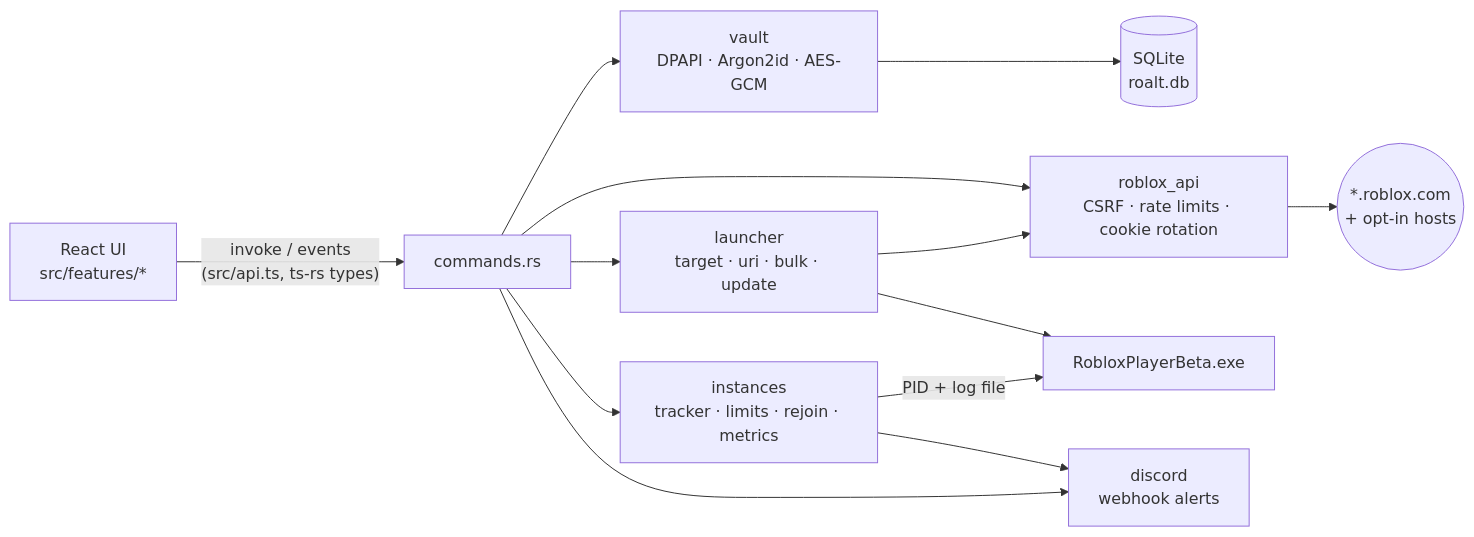
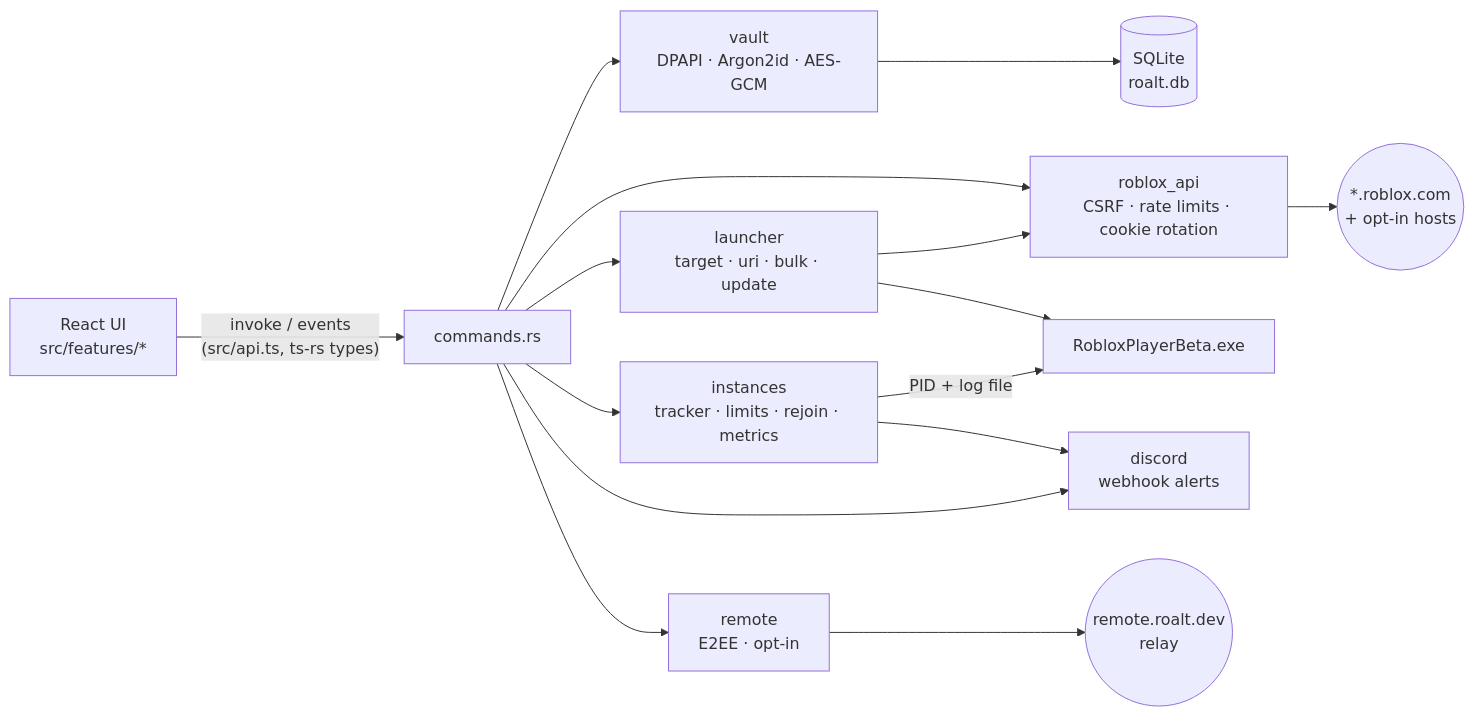
One commit to inspectsoftware/RoALT changed the diagram in README.md. Above: the diagram before and after it, drawn with Mermaid. The commit also changed other lines of this file and 144 other files, not shown here.

````diff
--- a/README.md
+++ b/README.md
@@ -615,15 +639,17 @@
 ```mermaid
 flowchart LR
     UI["React UI<br/>src/features/*"] -- "invoke / events<br/>(src/api.ts, ts-rs types)" --> CMD["commands.rs"]
     CMD --> VAULT["vault<br/>DPAPI · Argon2id · AES-GCM"]
     CMD --> API["roblox_api<br/>CSRF · rate limits · cookie rotation"]
     CMD --> LAUNCH["launcher<br/>target · uri · bulk · update"]
     CMD --> INST["instances<br/>tracker · limits · rejoin · metrics"]
     CMD --> DISC["discord<br/>webhook alerts"]
+    CMD --> REM["remote<br/>E2EE · opt-in"]
+    REM --> RELAY(("remote.roalt.dev<br/>relay"))
     VAULT --> DB[("SQLite<br/>roalt.db")]
     LAUNCH --> API
     LAUNCH --> RBX["RobloxPlayerBeta.exe"]
     INST -- "PID + log file" --> RBX
     INST --> DISC
     API --> NET(("*.roblox.com<br/>+ opt-in hosts"))
 ```
````
